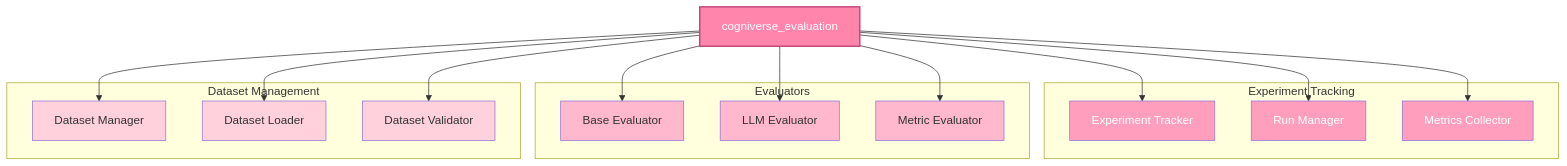
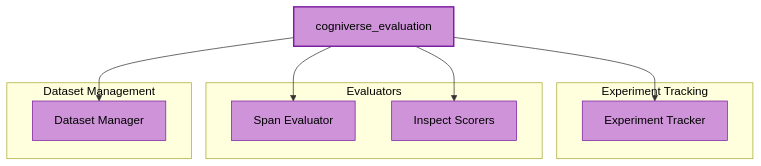
Before and after one commit to amit-jain/cogniverse: the fifth of 17 diagrams in docs/diagrams/sdk-architecture-diagrams.md, drawn with Mermaid. The commit also changed other lines of this file and 83 other files, not shown here.

First line of the commit message:
Fix documentation veracity, formatting, and diagrams across all modules

````diff
--- a/docs/diagrams/sdk-architecture-diagrams.md
+++ b/docs/diagrams/sdk-architecture-diagrams.md
@@ -262,43 +264,28 @@
 ```mermaid
-graph TB
-    EvalPkg[cogniverse_evaluation]
+flowchart TB
+    EvalPkg["<span style='color:#000'>cogniverse_evaluation</span>"]
 
-    subgraph "Experiment Tracking"
-        ExperimentTracker[Experiment Tracker]
-        RunManager[Run Manager]
-        MetricsCollector[Metrics Collector]
+    subgraph ExpTracking["<span style='color:#000'>Experiment Tracking</span>"]
+        ExperimentTracker["<span style='color:#000'>Experiment Tracker</span>"]
     end
 
-    subgraph "Evaluators"
-        BaseEvaluator[Base Evaluator]
-        LLMEvaluator[LLM Evaluator]
-        MetricEvaluator[Metric Evaluator]
+    subgraph Evaluators["<span style='color:#000'>Evaluators</span>"]
+        SpanEvaluator["<span style='color:#000'>Span Evaluator</span>"]
+        InspectScorers["<span style='color:#000'>Inspect Scorers</span>"]
     end
 
-    subgraph "Dataset Management"
-        DatasetManager[Dataset Manager]
-        DatasetLoader[Dataset Loader]
-        DatasetValidator[Dataset Validator]
+    subgraph DatasetMgmt["<span style='color:#000'>Dataset Management</span>"]
+        DatasetManager["<span style='color:#000'>Dataset Manager</span>"]
     end
 
     EvalPkg --> ExperimentTracker
-    EvalPkg --> RunManager
-    EvalPkg --> MetricsCollector
-    EvalPkg --> BaseEvaluator
-    EvalPkg --> LLMEvaluator
-    EvalPkg --> MetricEvaluator
+    EvalPkg --> SpanEvaluator
+    EvalPkg --> InspectScorers
     EvalPkg --> DatasetManager
-    EvalPkg --> DatasetLoader
-    EvalPkg --> DatasetValidator
 
-    style EvalPkg fill:#FF85AD,stroke:#C1487A,stroke-width:2px,color:#fff
-    style ExperimentTracker fill:#FF9FBD,color:#fff
-    style RunManager fill:#FF9FBD,color:#fff
-    style MetricsCollector fill:#FF9FBD,color:#fff
-    style BaseEvaluator fill:#FFB8CD
-    style LLMEvaluator fill:#FFB8CD
-    style MetricEvaluator fill:#FFB8CD
-    style DatasetManager fill:#FFD1DD
-    style DatasetLoader fill:#FFD1DD
-    style DatasetValidator fill:#FFD1DD
+    style EvalPkg fill:#ce93d8,stroke:#7b1fa2,stroke-width:2px,color:#000
+    style ExperimentTracker fill:#ce93d8,stroke:#7b1fa2,color:#000
+    style SpanEvaluator fill:#ce93d8,stroke:#7b1fa2,color:#000
+    style InspectScorers fill:#ce93d8,stroke:#7b1fa2,color:#000
+    style DatasetManager fill:#ce93d8,stroke:#7b1fa2,color:#000
 ```
````
